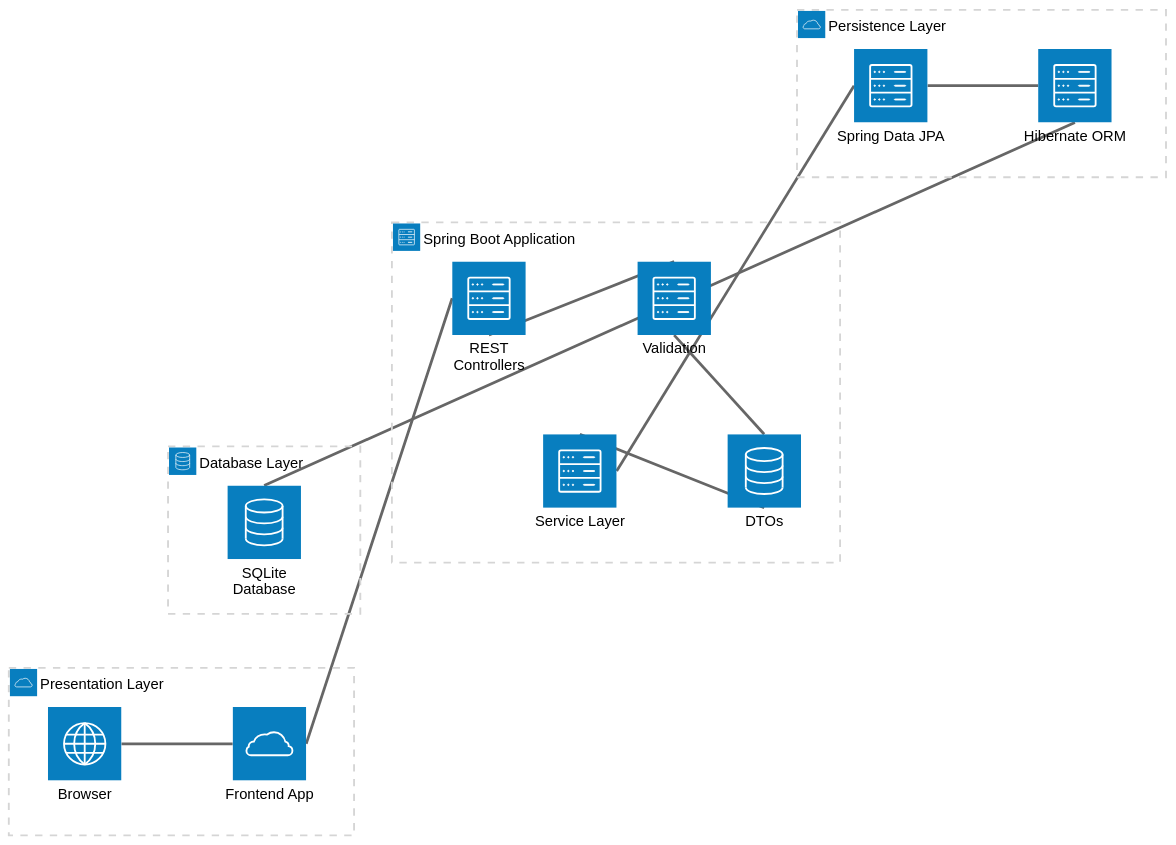
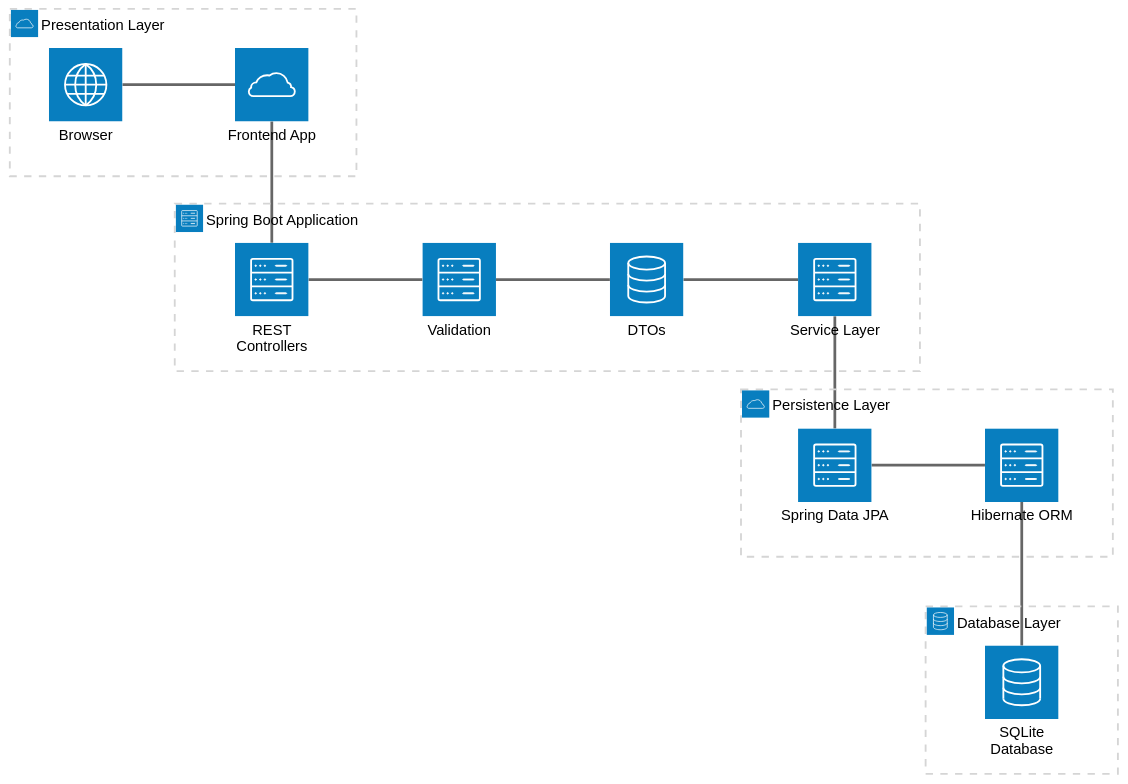
The diagram in docs/architecture/system-architecture.md (sai-software-engineering/python-expense-tracker), drawn with Mermaid (neutral theme) before and after one commit.

Commit message:
DOCS: ARCHITECTUURE2

````diff
--- a/docs/architecture/system-architecture.md
+++ b/docs/architecture/system-architecture.md
@@ -67,38 +67,53 @@
 ```mermaid
 architecture-beta
     group client(cloud)[Presentation Layer]
     group backend(server)[Spring Boot Application]
     group persistence(cloud)[Persistence Layer]
     group database(database)[Database Layer]
 
     service browser(internet)[Browser] in client
     service frontend(cloud)[Frontend App] in client
 
     service controller(server)[REST Controllers] in backend
     service validation(server)[Validation] in backend
+    service dto(database)[DTOs] in backend
     service serviceLayer(server)[Service Layer] in backend
-    service dto(database)[DTOs] in backend
 
     service repository(server)[Spring Data JPA] in persistence
     service hibernate(server)[Hibernate ORM] in persistence
 
     service sqlite(database)[SQLite Database] in database
 
+    %% Row 1: Presentation Layer
     browser:R -- L:frontend
-    frontend:R -- L:controller
 
-    controller:B -- T:validation
-    validation:B -- T:dto
-    dto:B -- T:serviceLayer
+    %% Connection: Presentation -> Application
+    frontend:B -- T:controller
 
-    serviceLayer:R -- L:repository
+    %% Row 2: Spring Boot Application
+    controller:R -- L:validation
+    validation:R -- L:dto
+    dto:R -- L:serviceLayer
+
+    %% Connection: Application -> Persistence
+    serviceLayer:B -- T:repository
+
+    %% Row 3: Persistence Layer
     repository:R -- L:hibernate
+
+    %% Connection: Persistence -> Database
     hibernate:B -- T:sqlite
 
+    %% Horizontal Rows (Each Layer on its own line)
     align row browser frontend
-    align row controller validation
-    align row serviceLayer dto
+    align row controller validation dto serviceLayer
     align row repository hibernate
-    
+
+    %% Vertical Columns (Stacking the layers top-to-bottom)
+    align column frontend controller
+    align column serviceLayer repository
+    align column hibernate sqlite
+
+
    
  ```
````
